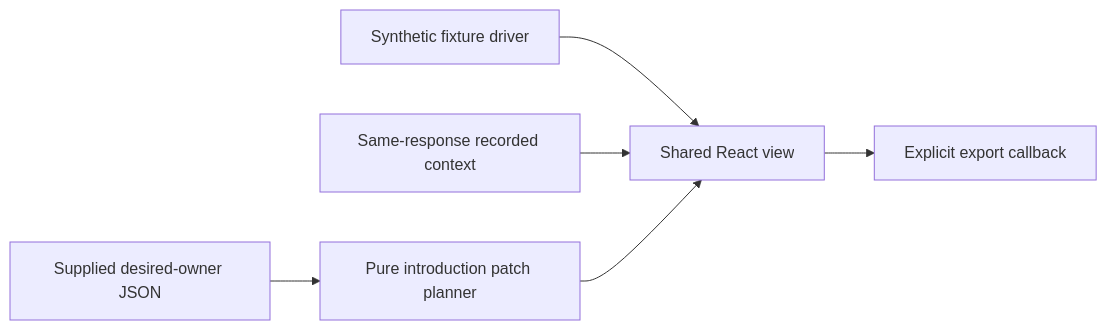
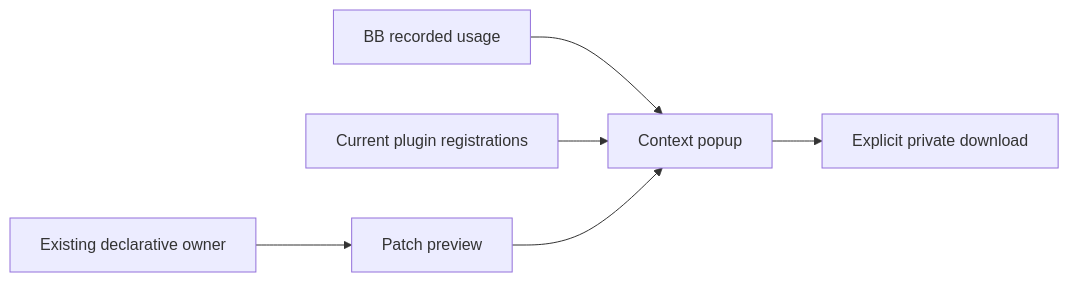
Before and after one commit to connorads/dotfiles: the diagram in src/bb-plugins/context-inspector/README.md, drawn with Mermaid. The commit also changed other lines of this file and 9 other files, not shown here.

````diff
--- a/src/bb-plugins/context-inspector/README.md
+++ b/src/bb-plugins/context-inspector/README.md
@@ -6,8 +10,8 @@
 ```mermaid
 flowchart LR
-  Fixture[Synthetic fixture driver] --> View[Shared React view]
-  Observation[Same-response recorded context] --> View
-  Owner[Supplied desired-owner JSON] --> Planner[Pure introduction patch planner]
-  Planner --> View
-  View --> Export[Explicit export callback]
+  Recorded[BB recorded usage] --> Popup[Context popup]
+  Inventory[Current plugin registrations] --> Popup
+  Owner[Existing declarative owner] --> Preview[Patch preview]
+  Preview --> Popup
+  Popup --> Export[Explicit private download]
 ```
````
